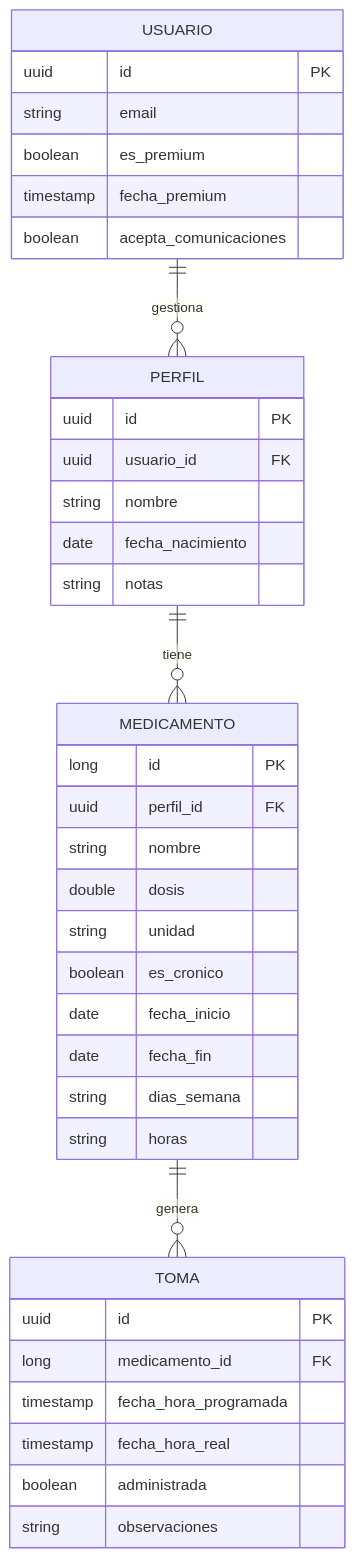
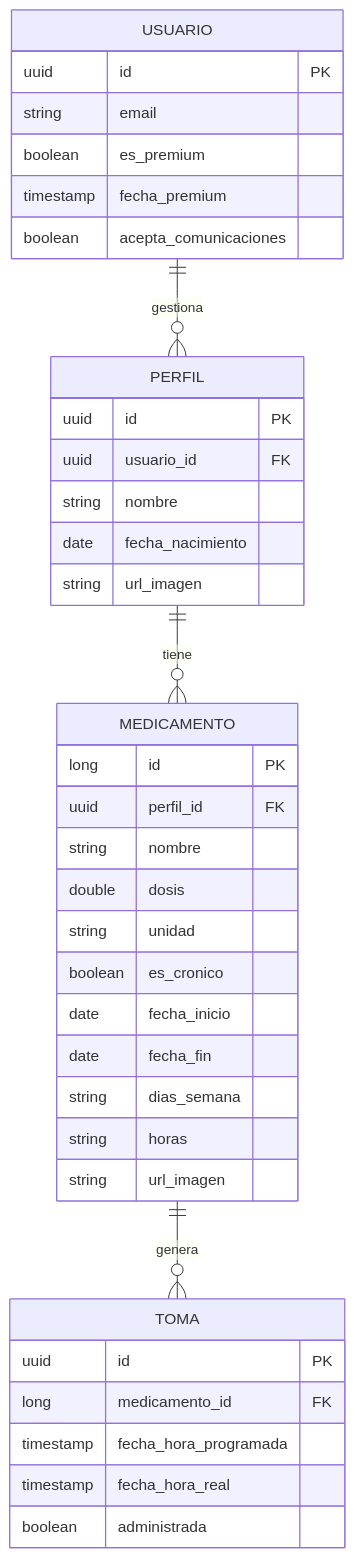
The second of 2 diagrams in doc/templates/3_deseño.md (arodriguezvaz/PillRemind), drawn with Mermaid before and after one commit.

Commit message:
cambios en el diseño de la base de datos

````diff
--- a/doc/templates/3_deseño.md
+++ b/doc/templates/3_deseño.md
@@ -18,41 +18,41 @@
 ```mermaid
 erDiagram
   USUARIO {
     uuid id PK
     string email
     boolean es_premium
     timestamp fecha_premium
     boolean acepta_comunicaciones
   }
   PERFIL {
     uuid id PK
     uuid usuario_id FK
     string nombre
     date fecha_nacimiento
-    string notas
+    string url_imagen
   }
   MEDICAMENTO {
     long id PK
     uuid perfil_id FK
     string nombre
     double dosis
     string unidad
     boolean es_cronico
     date fecha_inicio
     date fecha_fin
     string dias_semana
     string horas
+    string url_imagen
   }
   TOMA {
     uuid id PK
     long medicamento_id FK
     timestamp fecha_hora_programada
     timestamp fecha_hora_real
     boolean administrada
-    string observaciones
   }
 
   USUARIO ||--o{ PERFIL : gestiona
   PERFIL ||--o{ MEDICAMENTO : tiene
   MEDICAMENTO ||--o{ TOMA : genera
 ```
````
